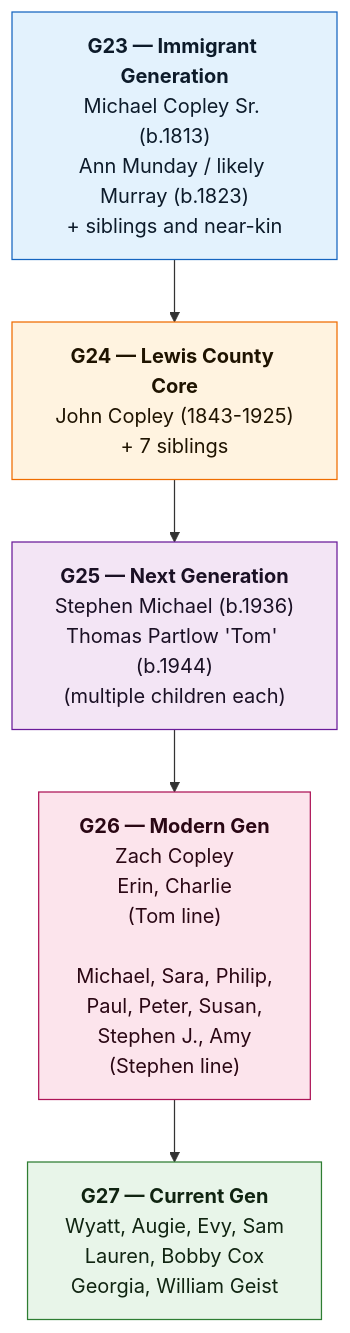
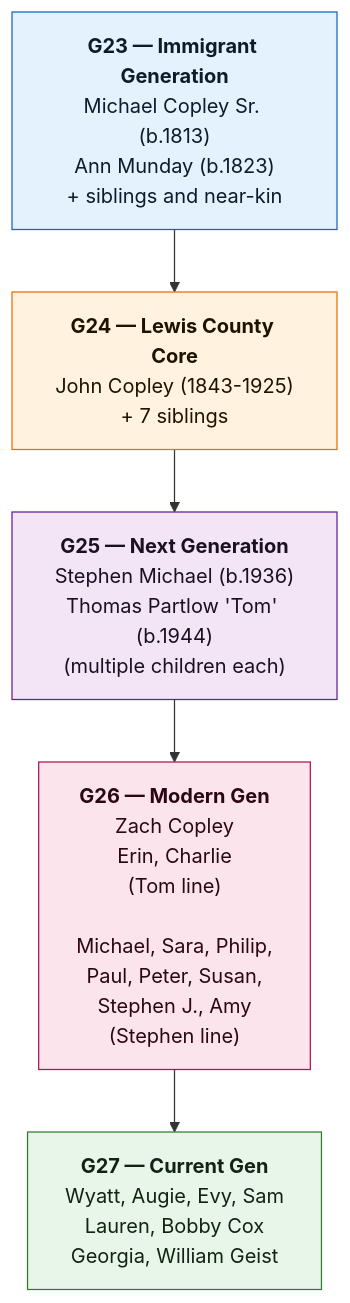
One commit to zcopley/copley-family-research changed the diagram in People Directory.md. Above: the diagram before and after it, drawn with Mermaid. The commit also changed other lines of this file and 21 other files, not shown here.

````diff
--- a/People Directory.md
+++ b/People Directory.md
@@ -24,23 +24,23 @@
 ```mermaid
 graph TB
-    G23["<b>G23 — Immigrant Generation</b><br/>Michael Copley Sr. (b.1813)<br/>Ann Munday / likely Murray (b.1823)<br/>+ siblings and near-kin"]
+    G23["<b>G23 — Immigrant Generation</b><br/>Michael Copley Sr. (b.1813)<br/>Ann Munday (b.1823)<br/>+ siblings and near-kin"]
     
     G24["<b>G24 — Lewis County Core</b><br/>John Copley (1843-1925)<br/>+ 7 siblings"]
     
     G25["<b>G25 — Next Generation</b><br/>Stephen Michael (b.1936)<br/>Thomas Partlow 'Tom' (b.1944)<br/>(multiple children each)"]
     
     G26["<b>G26 — Modern Gen</b><br/>Zach Copley<br/>Erin, Charlie<br/>(Tom line)<br/><br/>Michael, Sara, Philip,<br/>Paul, Peter, Susan,<br/>Stephen J., Amy<br/>(Stephen line)"]
     
     G27["<b>G27 — Current Gen</b><br/>Wyatt, Augie, Evy, Sam<br/>Lauren, Bobby Cox<br/>Georgia, William Geist"]
     
     G23 --> G24
     G24 --> G25
     G25 --> G26
     G26 --> G27
     
     style G23 fill:#e3f2fd,stroke:#1565c0,color:#0d1b2a
     style G24 fill:#fff3e0,stroke:#ef6c00,color:#1f1300
     style G25 fill:#f3e5f5,stroke:#6a1b9a,color:#1a1024
     style G26 fill:#fce4ec,stroke:#ad1457,color:#2a0714
     style G27 fill:#e8f5e9,stroke:#2e7d32,color:#102411
 ```
````
